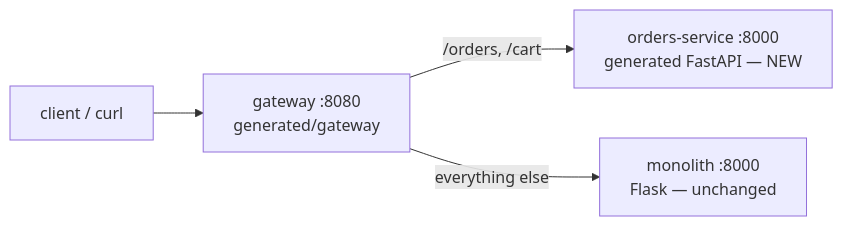
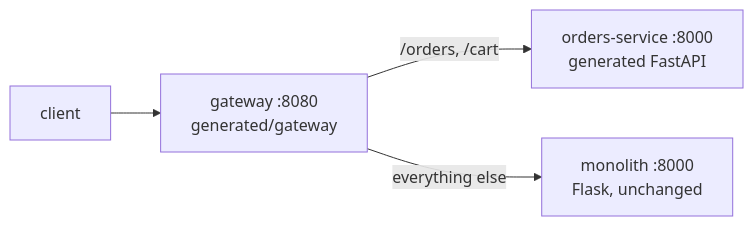
Before and after one commit to vivek-kumar9/mono2micro: the fourth of 4 diagrams in README.md, drawn with Mermaid. The commit also changed other lines of this file and 1 other file, not shown here.

````diff
--- a/README.md
+++ b/README.md
@@ -133,6 +228,6 @@
 ```mermaid
 flowchart LR
-    C[client / curl] --> GW[gateway :8080<br/>generated/gateway]
-    GW -->|/orders, /cart| NEW[orders-service :8000<br/>generated FastAPI — NEW]
-    GW -->|everything else| OLD[monolith :8000<br/>Flask — unchanged]
+    C[client] --> GW[gateway :8080<br/>generated/gateway]
+    GW -->|/orders, /cart| NEW[orders-service :8000<br/>generated FastAPI]
+    GW -->|everything else| OLD[monolith :8000<br/>Flask, unchanged]
 ```
````
